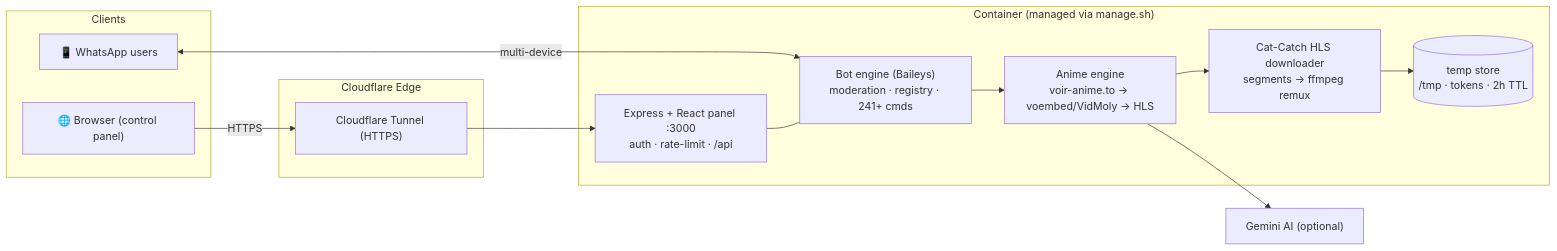
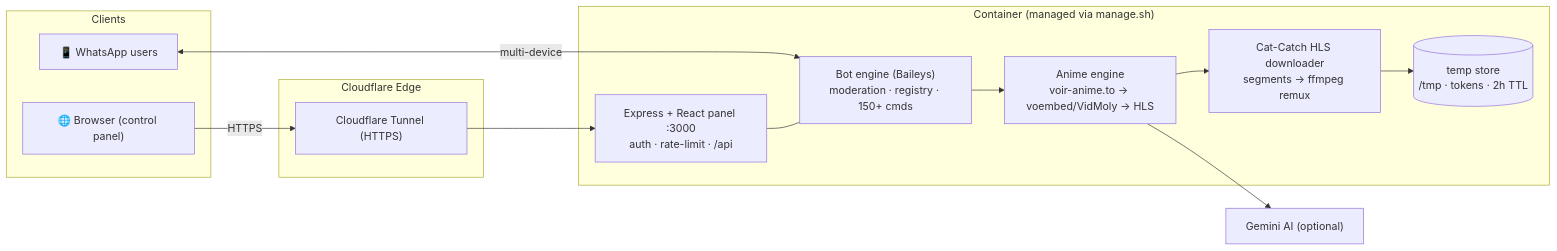
Before and after one commit to JCVERSA/p: the diagram in README.md, drawn with Mermaid. The commit also changed other lines of this file and 1 other file, not shown here.

````diff
--- a/README.md
+++ b/README.md
@@ -66,23 +67,23 @@
 ```mermaid
 flowchart LR
   subgraph Clients
     W["📱 WhatsApp users"]
     B["🌐 Browser (control panel)"]
   end
   subgraph CF["Cloudflare Edge"]
     T["Cloudflare Tunnel (HTTPS)"]
   end
   subgraph VPS["Container (managed via manage.sh)"]
     APP["Express + React panel :3000<br/>auth · rate-limit · /api"]
-    ENGINE["Bot engine (Baileys)<br/>moderation · registry · 241+ cmds"]
+    ENGINE["Bot engine (Baileys)<br/>moderation · registry · 150+ cmds"]
     ANIME["Anime engine<br/>voir-anime.to → voembed/VidMoly → HLS"]
     HLS["Cat-Catch HLS downloader<br/>segments → ffmpeg remux"]
     STORE[("temp store<br/>/tmp · tokens · 2h TTL")]
   end
 
   W <-->|multi-device| ENGINE
   B -->|HTTPS| T --> APP
   APP --- ENGINE
   ENGINE --> ANIME --> HLS --> STORE
   ANIME --> G["Gemini AI (optional)"]
 ```
````
